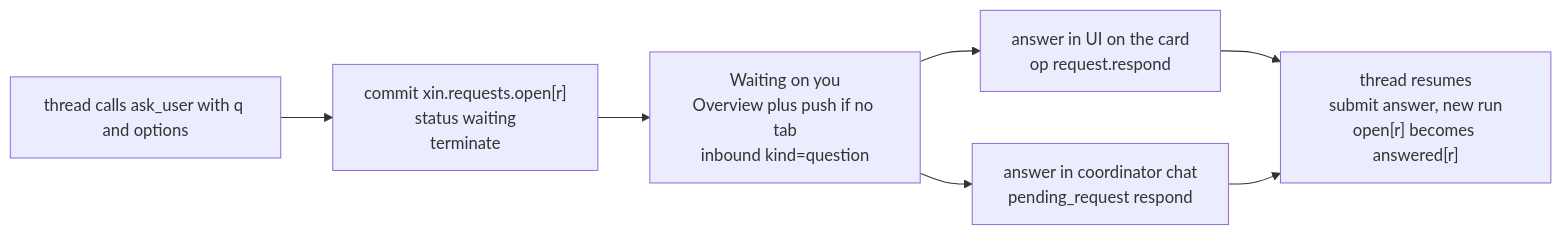
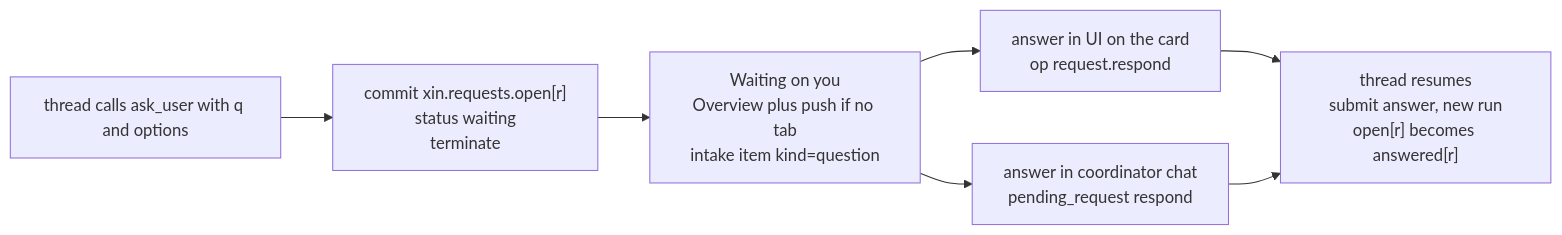
Before and after one commit to keyurbodar/xin: the third of 3 diagrams in docs/plan/architecture/06-orchestration.md, drawn with Mermaid. The commit also changed other lines of this file and 37 other files, not shown here.

````diff
--- a/docs/plan/architecture/06-orchestration.md
+++ b/docs/plan/architecture/06-orchestration.md
@@ -89,9 +89,9 @@
 ```mermaid
 flowchart LR
   A["thread calls ask_user with q and options"] --> B["commit xin.requests.open[r]<br/>status waiting<br/>terminate"]
-  B --> C["Waiting on you<br/>Overview plus push if no tab<br/>inbound kind=question"]
+  B --> C["Waiting on you<br/>Overview plus push if no tab<br/>intake item kind=question"]
   C --> D["answer in UI on the card<br/>op request.respond"]
   C --> E["answer in coordinator chat<br/>pending_request respond"]
   D --> F["thread resumes<br/>submit answer, new run<br/>open[r] becomes answered[r]"]
   E --> F
 ```
````
